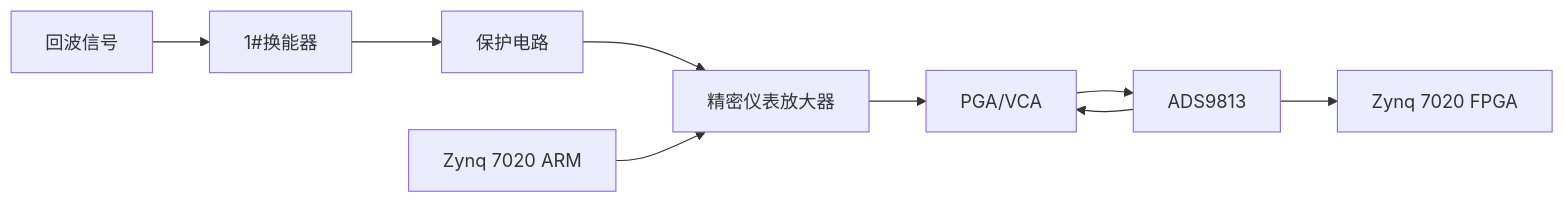
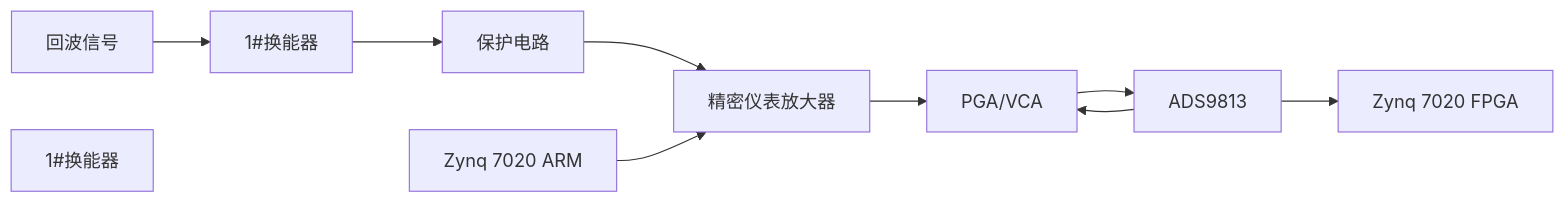
One commit to Rukawa15/iodraw-files changed the diagram in all/多通道同步采集-1.md. Above: the diagram before and after it, drawn with Mermaid.

Commit message:
2025-06-19 14:04:14 update

````diff
--- a/all/多通道同步采集-1.md
+++ b/all/多通道同步采集-1.md
@@ -1,13 +1,14 @@
 ```mermaid
 graph LR
 A[回波信号]
-A --> B1[1#换能器] 
+A --> B1[1#换能器]
+aB1[1#换能器]
 B1 --> C[保护电路] 
 C --> D[精密仪表放大器] 
 D --> E[PGA/VCA] 
 E --> F[ADS9813] 
 F --> G[Zynq 7020 FPGA]
 H[Zynq 7020 ARM] --> D
 F --> E
 
 ```
````
